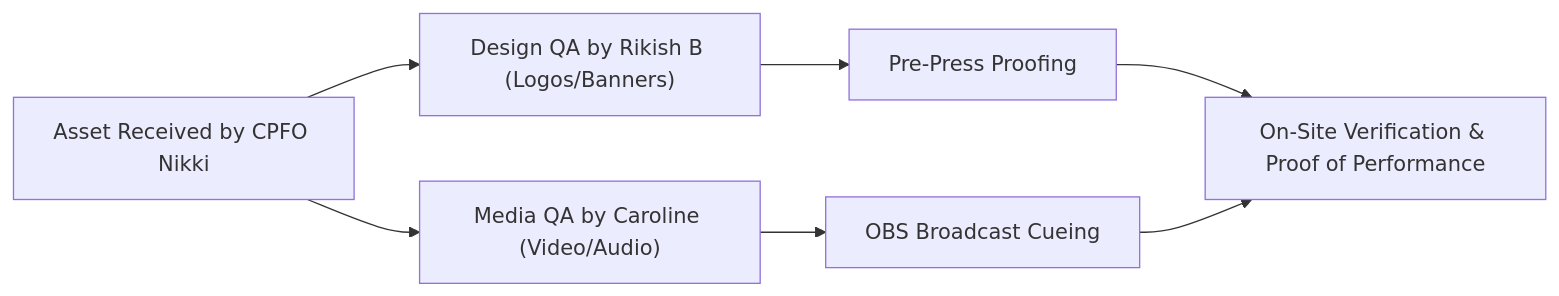
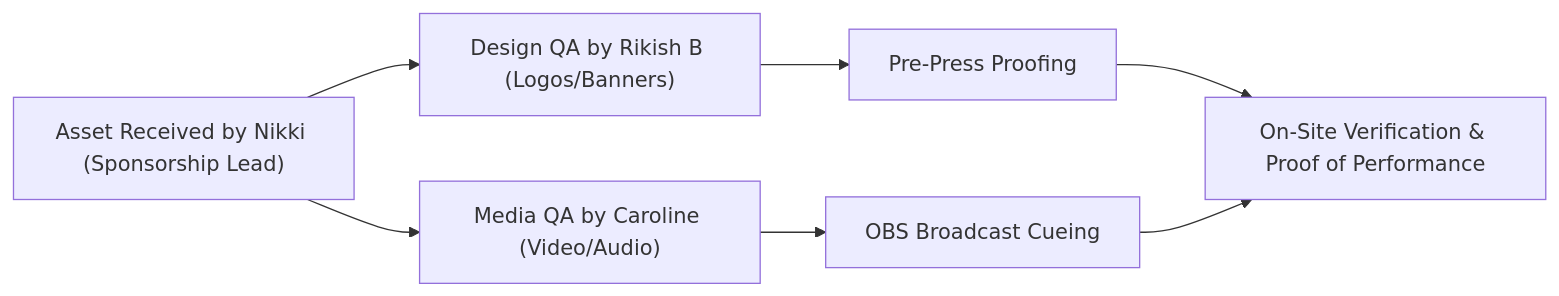
The diagram in teams/01_sponsorship_and_partnerships/sponsor_deliverables_and_assets/README.md (MasterZ1311/Kairos), drawn with Mermaid before and after one commit. The commit also changed other lines of this file and 48 other files, not shown here.

````diff
--- a/teams/01_sponsorship_and_partnerships/sponsor_deliverables_and_assets/README.md
+++ b/teams/01_sponsorship_and_partnerships/sponsor_deliverables_and_assets/README.md
@@ -23,9 +23,9 @@
 ```mermaid
 graph LR
-    A["Asset Received by CPFO Nikki"] --> B["Design QA by Rikish B (Logos/Banners)"]
+    A["Asset Received by Nikki (Sponsorship Lead)"] --> B["Design QA by Rikish B (Logos/Banners)"]
     A --> C["Media QA by Caroline (Video/Audio)"]
     B --> D["Pre-Press Proofing"]
     C --> E["OBS Broadcast Cueing"]
     D --> F["On-Site Verification & Proof of Performance"]
     E --> F
 ```
````
